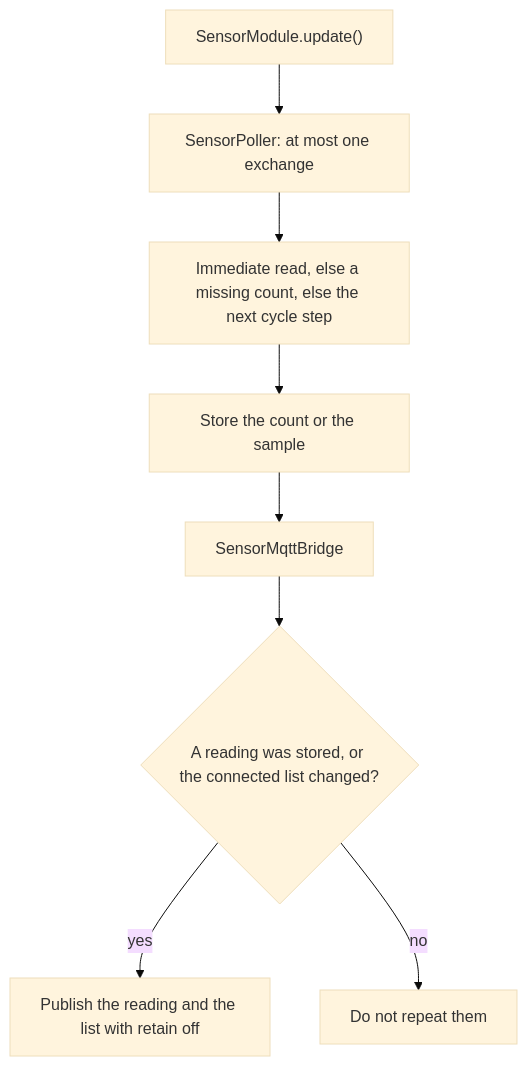
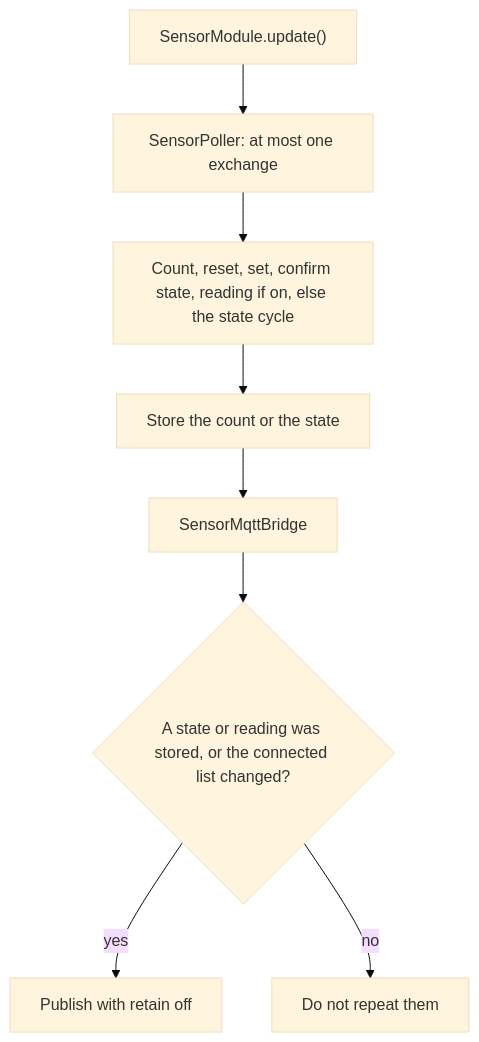
Before and after one commit to WiddleWabbit/MQTT-ModularControllerBoard: the diagram in Firmware/docs/sensor-module.md, drawn with Mermaid (base theme). The commit also changed other lines of this file and 20 other files, not shown here.

````diff
--- a/Firmware/docs/sensor-module.md
+++ b/Firmware/docs/sensor-module.md
@@ -28,10 +28,10 @@
 ```mermaid
 flowchart TD
   upd["SensorModule.update()"] --> poll["SensorPoller: at most one exchange"]
-  poll --> order["Immediate read, else a missing count, else the next cycle step"]
-  order --> mem["Store the count or the sample"]
+  poll --> order["Count, reset, set, confirm state, reading if on, else the state cycle"]
+  order --> mem["Store the count or the state"]
   mem --> bridge["SensorMqttBridge"]
-  bridge --> pub{"A reading was stored, or the connected list changed?"}
-  pub -->|yes| mqtt["Publish the reading and the list with retain off"]
+  bridge --> pub{"A state or reading was stored, or the connected list changed?"}
+  pub -->|yes| mqtt["Publish with retain off"]
   pub -->|no| quiet["Do not repeat them"]
 ```
````
